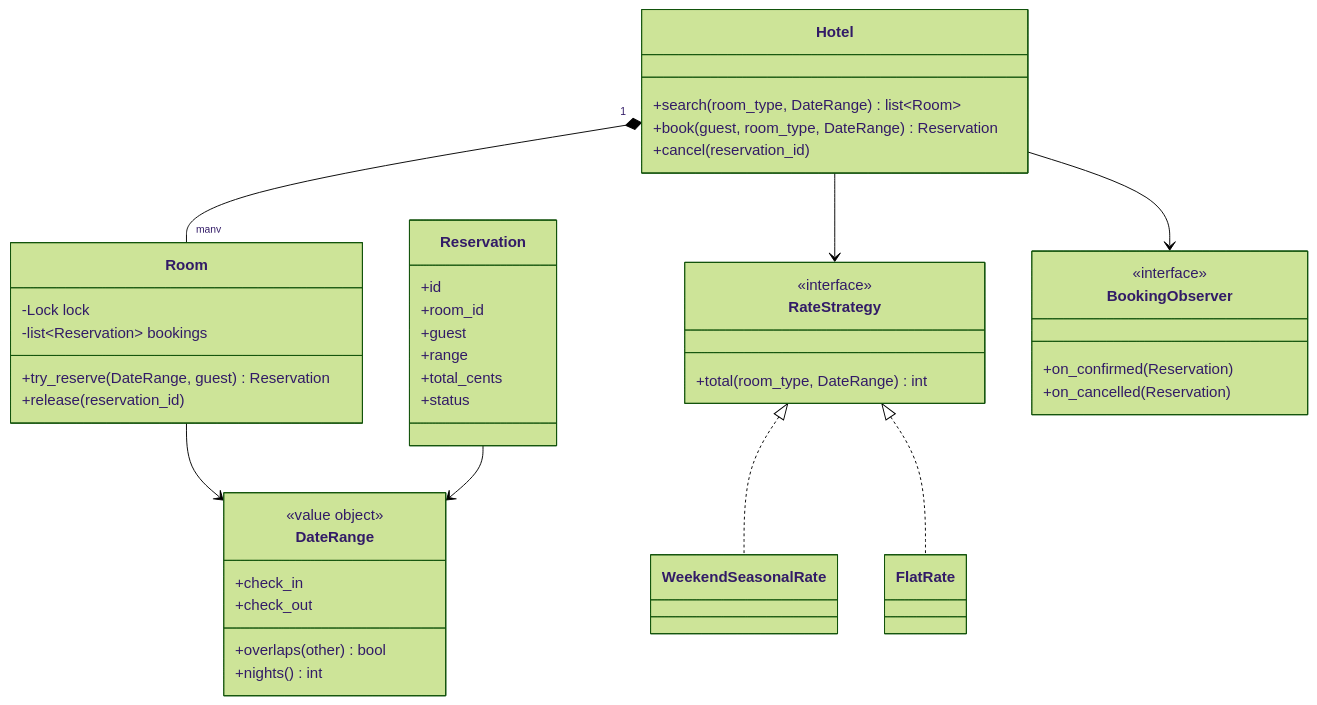
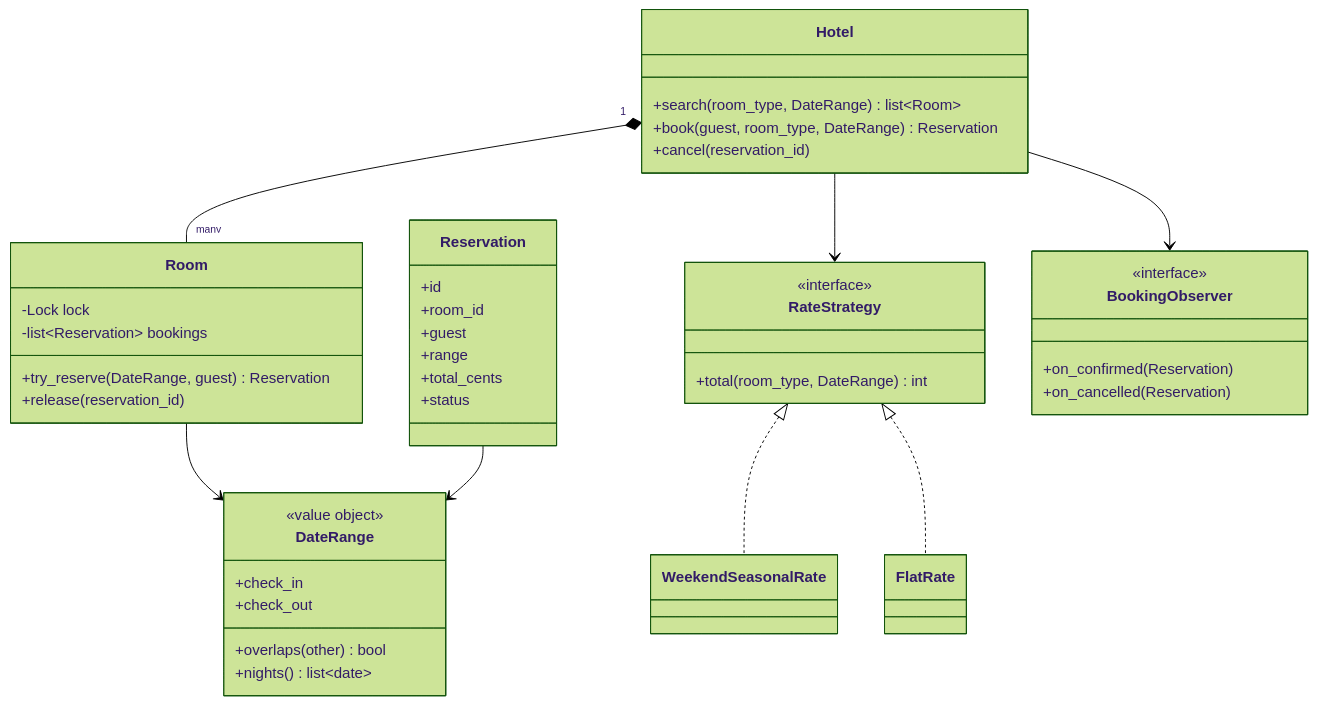
The diagram in content/lld/22-capstone-project/README.md (TapanKumarBarik/Backend-roadmap), drawn with Mermaid (forest theme) before and after one commit. The commit also changed other lines of this file and 95 other files, not shown here.

````diff
--- a/content/lld/22-capstone-project/README.md
+++ b/content/lld/22-capstone-project/README.md
@@ -24,45 +24,45 @@
 ```mermaid
 classDiagram
   class Hotel {
     +search(room_type, DateRange) list~Room~
     +book(guest, room_type, DateRange) Reservation
     +cancel(reservation_id)
   }
   class Room {
     -Lock lock
     -list~Reservation~ bookings
     +try_reserve(DateRange, guest) Reservation
     +release(reservation_id)
   }
   class DateRange {
     <<value object>>
     +check_in
     +check_out
     +overlaps(other) bool
-    +nights() int
+    +nights() list~date~
   }
   class Reservation {
     +id
     +room_id
     +guest
     +range
     +total_cents
     +status
   }
   class RateStrategy {
     <<interface>>
     +total(room_type, DateRange) int
   }
   class BookingObserver {
     <<interface>>
     +on_confirmed(Reservation)
     +on_cancelled(Reservation)
   }
   Hotel "1" *-- "many" Room
   Room --> DateRange
   Reservation --> DateRange
   Hotel --> RateStrategy
   Hotel --> BookingObserver
   RateStrategy <|.. WeekendSeasonalRate
   RateStrategy <|.. FlatRate
 ```
````
